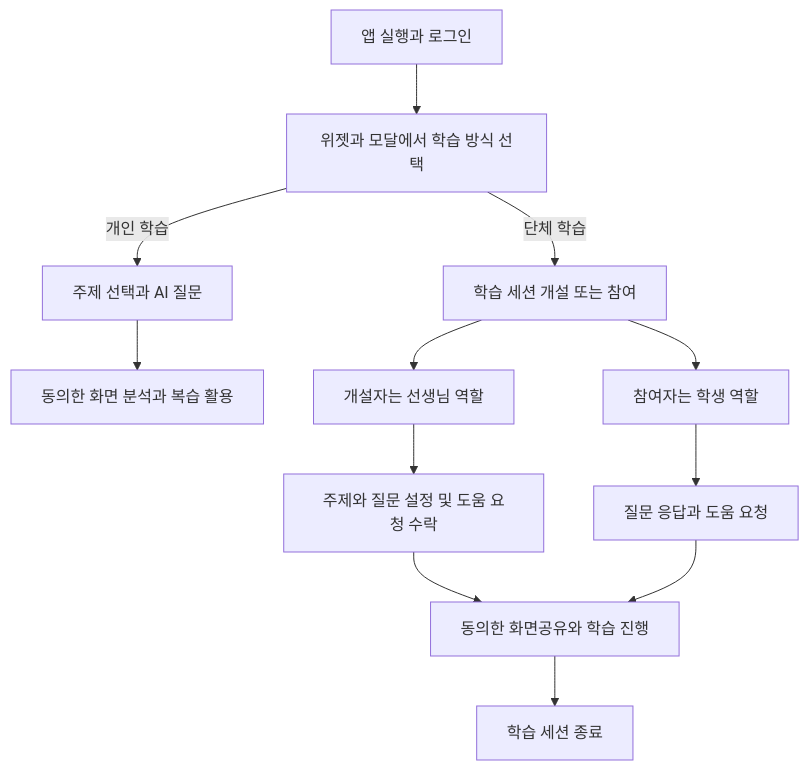
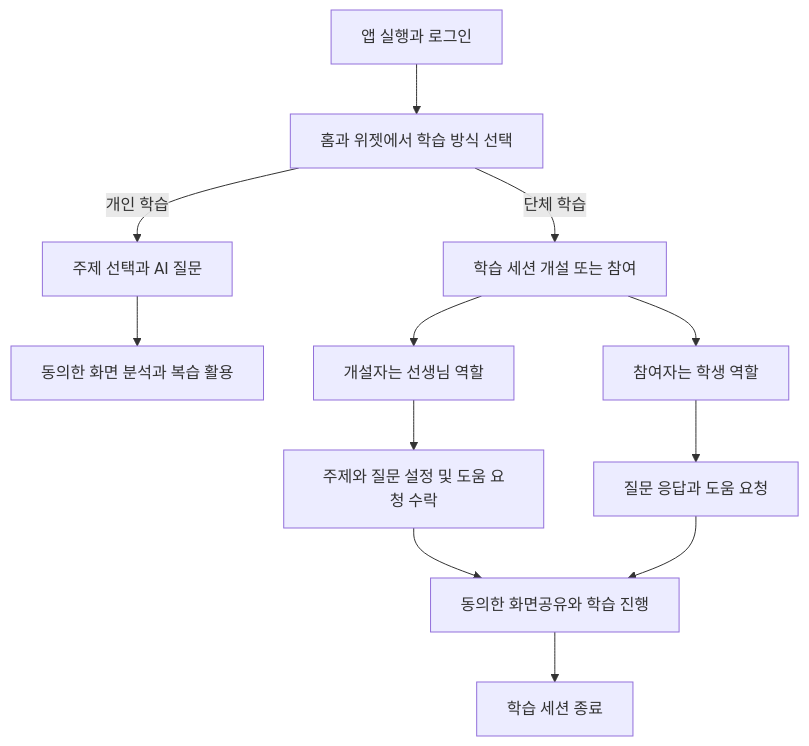
One commit to JephyrWing/project_tutipal changed the third of 4 diagrams in docs/TUTIPAL_DESIGN.md. Above: the diagram before and after it, drawn with Mermaid. The commit also changed other lines of this file and 2 other files, not shown here.

````diff
--- a/docs/TUTIPAL_DESIGN.md
+++ b/docs/TUTIPAL_DESIGN.md
@@ -473,14 +474,14 @@
 ```mermaid
 flowchart TD
-    Start["앱 실행과 로그인"] --> Select["위젯과 모달에서 학습 방식 선택"]
+    Start["앱 실행과 로그인"] --> Select["홈과 위젯에서 학습 방식 선택"]
     Select -->|"개인 학습"| Personal["주제 선택과 AI 질문"]
     Personal --> Consent["동의한 화면 분석과 복습 활용"]
     Select -->|"단체 학습"| Class["학습 세션 개설 또는 참여"]
     Class --> Teacher["개설자는 선생님 역할"]
     Class --> Student["참여자는 학생 역할"]
     Teacher --> Teach["주제와 질문 설정 및 도움 요청 수락"]
     Student --> Learn["질문 응답과 도움 요청"]
     Teach --> Session["동의한 화면공유와 학습 진행"]
     Learn --> Session
     Session --> End["학습 세션 종료"]
 ```
````
